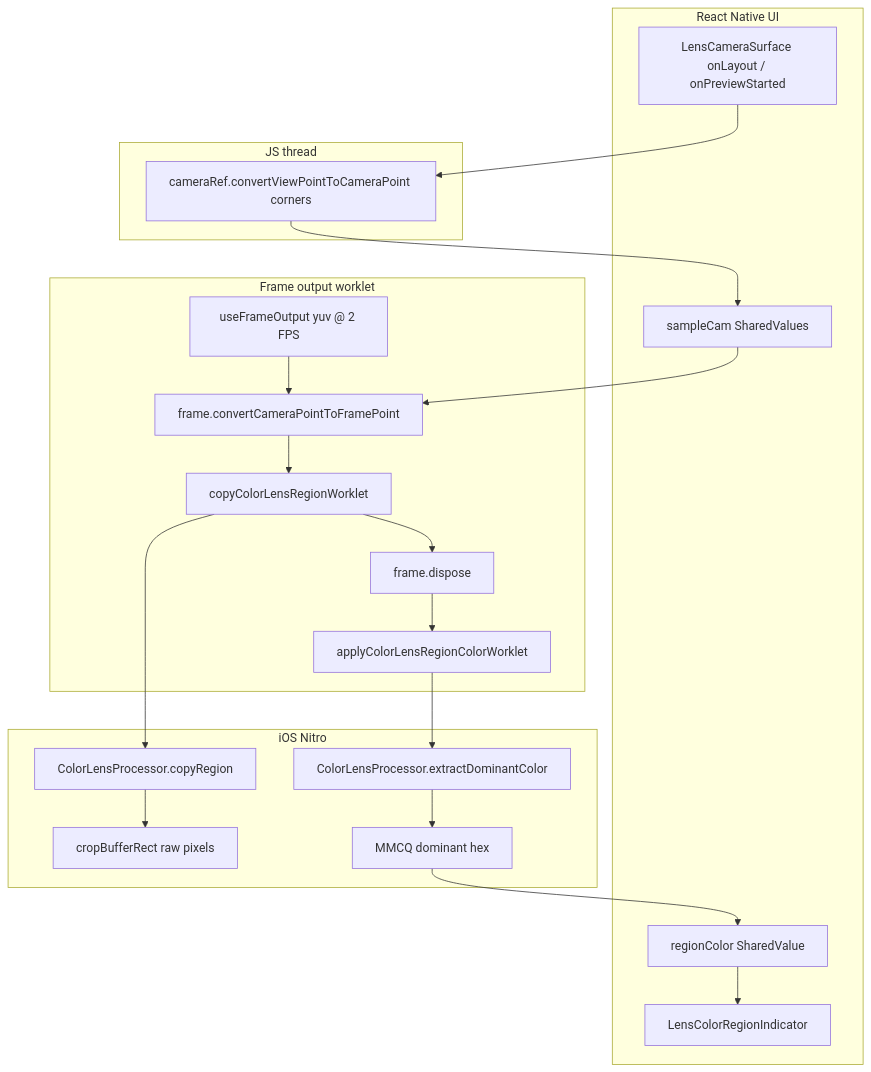
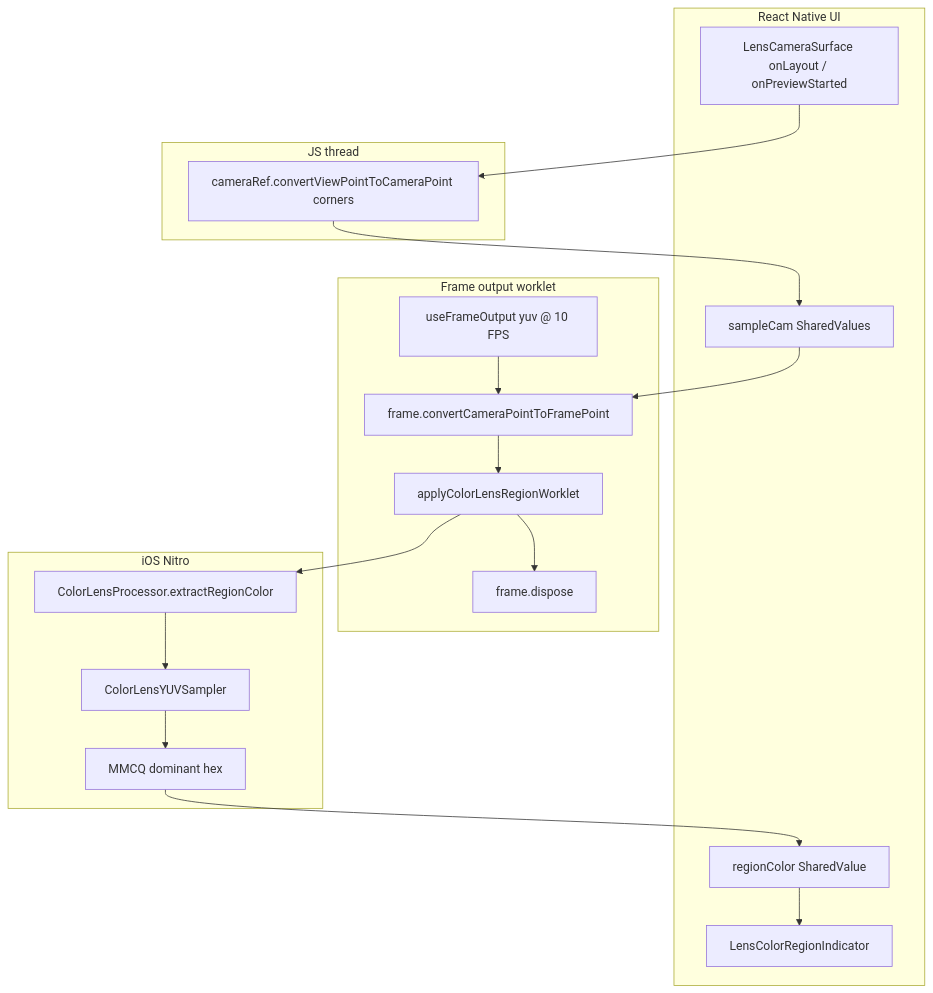
The diagram in lib/features/Lens/LENS_POINT_CONTEXT.md (keithbmccall/affirmations), drawn with Mermaid before and after one commit. The commit also changed other lines of this file and 40 other files, not shown here.

````diff
--- a/lib/features/Lens/LENS_POINT_CONTEXT.md
+++ b/lib/features/Lens/LENS_POINT_CONTEXT.md
@@ -46,35 +46,33 @@
 ```mermaid
 flowchart TB
   subgraph ui [React Native UI]
     Surface[LensCameraSurface onLayout / onPreviewStarted]
     CamRect[sampleCam SharedValues]
     Indicator[LensColorRegionIndicator]
     RegionSV[regionColor SharedValue]
   end
 
   subgraph jsThread [JS thread]
     ViewToCam[cameraRef.convertViewPointToCameraPoint corners]
   end
 
   subgraph worklet [Frame output worklet]
-    FO[useFrameOutput yuv @ 2 FPS]
+    FO[useFrameOutput yuv @ 10 FPS]
     CamToFrame[frame.convertCameraPointToFramePoint]
-    CopyWorklet[copyColorLensRegionWorklet]
+    ApplyWorklet[applyColorLensRegionWorklet]
     DisposeFrame[frame.dispose]
-    ApplyWorklet[applyColorLensRegionColorWorklet]
   end
 
   subgraph native [iOS Nitro]
-    CopyRegion[ColorLensProcessor.copyRegion]
-    Crop[cropBufferRect raw pixels]
-    Extract[ColorLensProcessor.extractDominantColor]
+    Extract[ColorLensProcessor.extractRegionColor]
+    Sampler[ColorLensYUVSampler]
     MMCQ[MMCQ dominant hex]
   end
 
   Surface --> ViewToCam --> CamRect
   FO --> CamToFrame
   CamRect --> CamToFrame
-  CamToFrame --> CopyWorklet --> CopyRegion --> Crop
-  CopyWorklet --> DisposeFrame --> ApplyWorklet --> Extract --> MMCQ
+  CamToFrame --> ApplyWorklet --> Extract --> Sampler --> MMCQ
+  ApplyWorklet --> DisposeFrame
   MMCQ --> RegionSV --> Indicator
 ```
````
